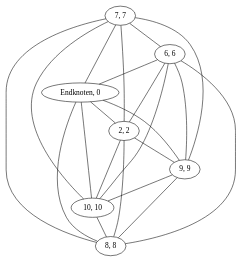
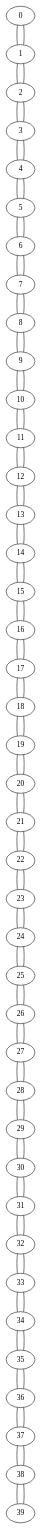
One commit to Frggle/HAW_GKA changed the diagram in GKA_task3_1-5/GraphViz/graph/gespeicherterEulerGraphFleury.gv. Above: the diagram before and after it, drawn with Graphviz. The commit also changed 19 other files, not shown here.

```diff
--- a/GKA_task3_1-5/GraphViz/graph/gespeicherterEulerGraphFleury.gv
+++ b/GKA_task3_1-5/GraphViz/graph/gespeicherterEulerGraphFleury.gv
@@ -1,30 +1,120 @@
 graph G {
-  1 [ label="7, 7" ];
-  2 [ label="6, 6" ];
-  3 [ label="Endknoten, 0" ];
-  4 [ label="2, 2" ];
-  5 [ label="9, 9" ];
-  6 [ label="10, 10" ];
-  7 [ label="8, 8" ];
+  1 [ label="0" ];
+  2 [ label="1" ];
+  3 [ label="2" ];
+  4 [ label="3" ];
+  5 [ label="4" ];
+  6 [ label="5" ];
+  7 [ label="6" ];
+  8 [ label="7" ];
+  9 [ label="8" ];
+  10 [ label="9" ];
+  11 [ label="10" ];
+  12 [ label="11" ];
+  13 [ label="12" ];
+  14 [ label="13" ];
+  15 [ label="14" ];
+  16 [ label="15" ];
+  17 [ label="16" ];
+  18 [ label="17" ];
+  19 [ label="18" ];
+  20 [ label="19" ];
+  21 [ label="20" ];
+  22 [ label="21" ];
+  23 [ label="22" ];
+  24 [ label="23" ];
+  25 [ label="24" ];
+  26 [ label="25" ];
+  27 [ label="26" ];
+  28 [ label="27" ];
+  29 [ label="28" ];
+  30 [ label="29" ];
+  31 [ label="30" ];
+  32 [ label="31" ];
+  33 [ label="32" ];
+  34 [ label="33" ];
+  35 [ label="34" ];
+  36 [ label="35" ];
+  37 [ label="36" ];
+  38 [ label="37" ];
+  39 [ label="38" ];
+  40 [ label="39" ];
+  2 -- 1;
+  3 -- 2;
+  4 -- 3;
+  5 -- 4;
+  6 -- 5;
+  7 -- 6;
+  8 -- 7;
+  9 -- 8;
+  10 -- 9;
+  11 -- 10;
+  12 -- 11;
+  13 -- 12;
+  14 -- 13;
+  15 -- 14;
+  16 -- 15;
+  17 -- 16;
+  18 -- 17;
+  19 -- 18;
+  20 -- 19;
+  21 -- 20;
+  22 -- 21;
+  23 -- 22;
+  24 -- 23;
+  25 -- 24;
+  26 -- 25;
+  27 -- 26;
+  28 -- 27;
+  29 -- 28;
+  30 -- 29;
+  31 -- 30;
+  32 -- 31;
+  33 -- 32;
+  34 -- 33;
+  35 -- 34;
+  36 -- 35;
+  37 -- 36;
+  38 -- 37;
+  39 -- 38;
+  40 -- 39;
+  39 -- 40;
+  38 -- 39;
+  37 -- 38;
+  36 -- 37;
+  35 -- 36;
+  34 -- 35;
+  33 -- 34;
+  32 -- 33;
+  31 -- 32;
+  30 -- 31;
+  29 -- 30;
+  28 -- 29;
+  27 -- 28;
+  26 -- 27;
+  25 -- 26;
+  24 -- 25;
+  23 -- 24;
+  22 -- 23;
+  21 -- 22;
+  20 -- 21;
+  19 -- 20;
+  18 -- 19;
+  17 -- 18;
+  16 -- 17;
+  15 -- 16;
+  14 -- 15;
+  13 -- 14;
+  12 -- 13;
+  11 -- 12;
+  10 -- 11;
+  9 -- 10;
+  8 -- 9;
+  7 -- 8;
+  6 -- 7;
+  5 -- 6;
+  4 -- 5;
+  3 -- 4;
+  2 -- 3;
   1 -- 2;
-  2 -- 4;
-  3 -- 4;
-  4 -- 6;
-  5 -- 6;
-  6 -- 7;
-  1 -- 6;
-  2 -- 6;
-  2 -- 7;
-  1 -- 7;
-  5 -- 7;
-  4 -- 7;
-  3 -- 7;
-  3 -- 6;
-  4 -- 5;
-  3 -- 5;
-  2 -- 5;
-  1 -- 5;
-  1 -- 4;
-  2 -- 3;
-  1 -- 3;
 }
```
